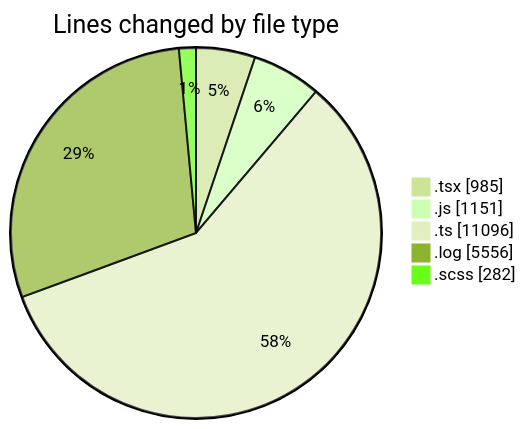
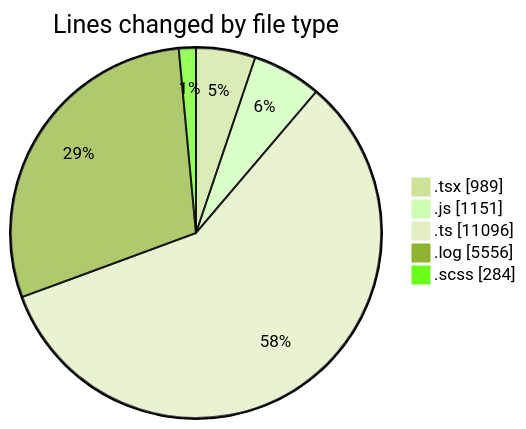
One commit to momahboobian/code-tracking changed the first of 2 diagrams in 2026-04-09/cda/README.md. Above: the diagram before and after it, drawn with Mermaid (forest theme). The commit also changed other lines of this file and 1 other file, not shown here.

````diff
--- a/2026-04-09/cda/README.md
+++ b/2026-04-09/cda/README.md
@@ -32,9 +32,9 @@
 ```mermaid
 pie showData
 title Lines changed by file type
-".tsx" : 985
+".tsx" : 989
 ".js" : 1151
 ".ts" : 11096
 ".log" : 5556
-".scss" : 282
+".scss" : 284
 ```
````
